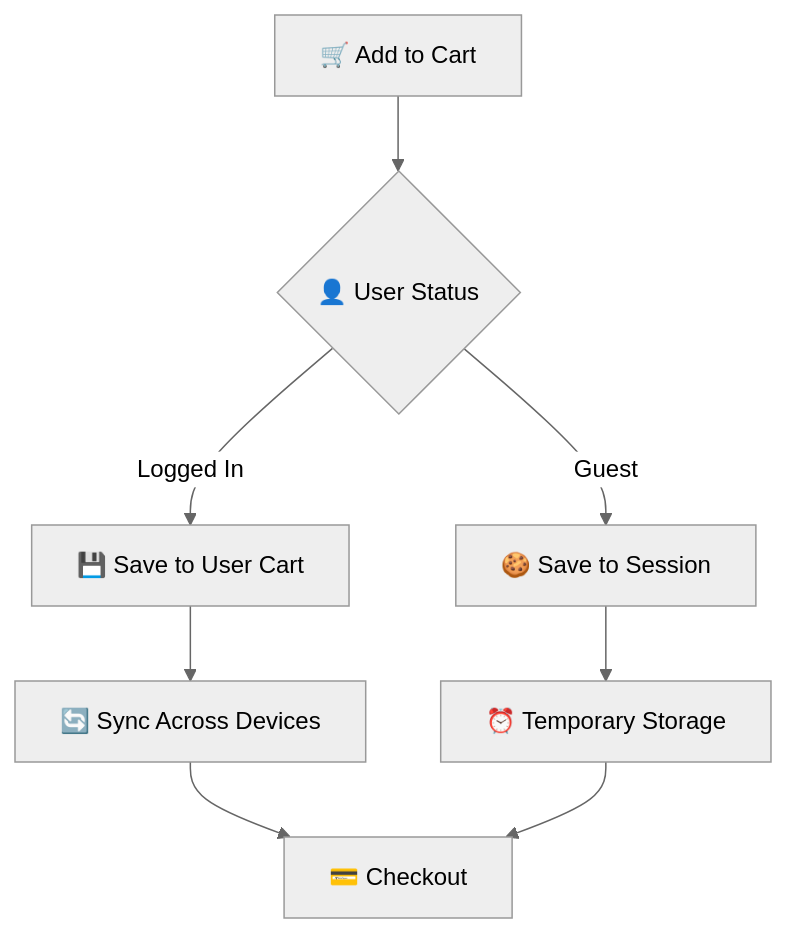
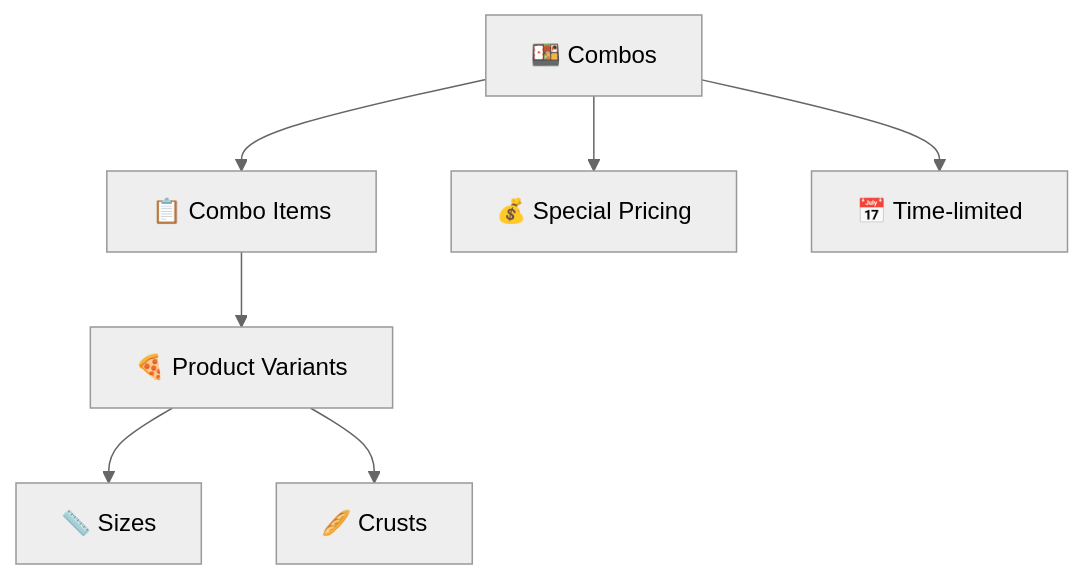
Before and after one commit to khanhphamvan204/PizzaShop: the second of 4 diagrams in README.md, drawn with Mermaid (neutral theme). The commit also changed other lines of this file and 6 other files, not shown here.

````diff
--- a/README.md
+++ b/README.md
@@ -143,10 +168,9 @@
 ```mermaid
-flowchart TD
-    A[🛒 Add to Cart] --> B{👤 User Status}
-    B -->|Logged In| C[💾 Save to User Cart]
-    B -->|Guest| D[🍪 Save to Session]
-    C --> E[🔄 Sync Across Devices]
-    D --> F[⏰ Temporary Storage]
-    E --> G[💳 Checkout]
-    F --> G
+graph TB
+    A[🍱 Combos] --> B[📋 Combo Items]
+    B --> C[🍕 Product Variants]
+    C --> D[📏 Sizes]
+    C --> E[🥖 Crusts]
+    A --> F[💰 Special Pricing]
+    A --> G[📅 Time-limited]
 ```
````
